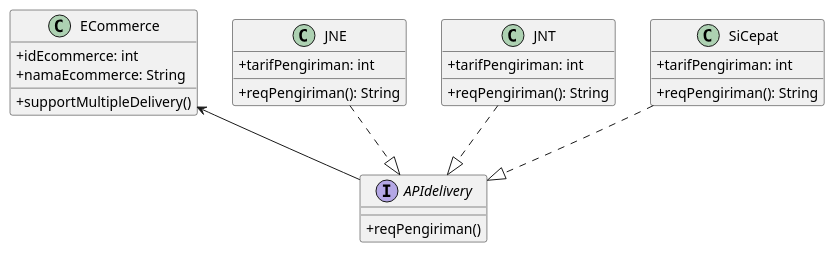
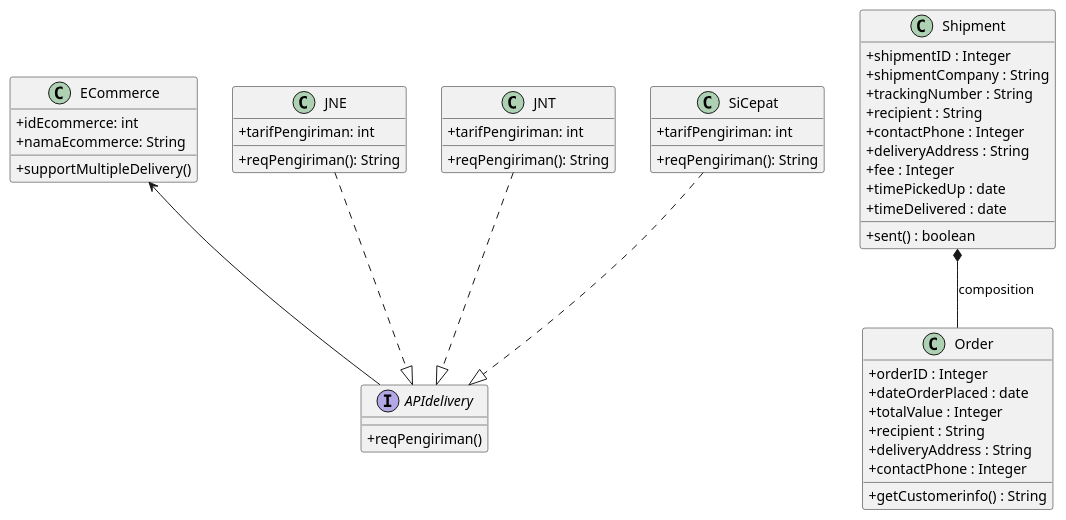
The diagram in Kelompok 5/diagramKel5.plantuml (farhanzakiputra/pbpu-a-2022), drawn with PlantUML before and after one commit.

```diff
--- a/Kelompok 5/diagramKel5.plantuml
+++ b/Kelompok 5/diagramKel5.plantuml
@@ -1,51 +1,77 @@
 @startuml
 
 skinparam classAttributeIconSize 0
 /'
 menonaktifkan skin bawaan dari plantUML untuk access modifier (public, private, protected)
 '/
 
 class ECommerce{
     'atribut'
     +idEcommerce: int
     +namaEcommerce: String
     
     'method'
     +supportMultipleDelivery()
 }
 
 class JNE{
     'atribut'
     +tarifPengiriman: int
 
     'method'
     +reqPengiriman(): String
 }
 
 class JNT{
     'atribut'
     +tarifPengiriman: int
 
     'method'
     +reqPengiriman(): String
 }
 
 class SiCepat{
     'atribut'
     +tarifPengiriman: int
 
     'method'
     +reqPengiriman(): String
 }
 
 interface APIdelivery {
     'method'
     +reqPengiriman()
 }
 
 JNE ..|> APIdelivery
 JNT ..|> APIdelivery
 SiCepat ..|> APIdelivery
 ECommerce <-- APIdelivery
 
+Shipment *-- Order : composition
+
+class Order {
+   +orderID : Integer
+   +dateOrderPlaced : date
+   +totalValue : Integer
+   +recipient : String
+   +deliveryAddress : String
+   +contactPhone : Integer
+   +getCustomerinfo() : String
+}
+
+class Shipment {
+   +shipmentID : Integer
+   +shipmentCompany : String
+   +trackingNumber : String
+   +recipient : String
+   +contactPhone : Integer
+   +deliveryAddress : String
+   +fee : Integer
+   +timePickedUp : date
+   +timeDelivered : date
+   +sent() : boolean
+}
+
+
 @enduml
```
